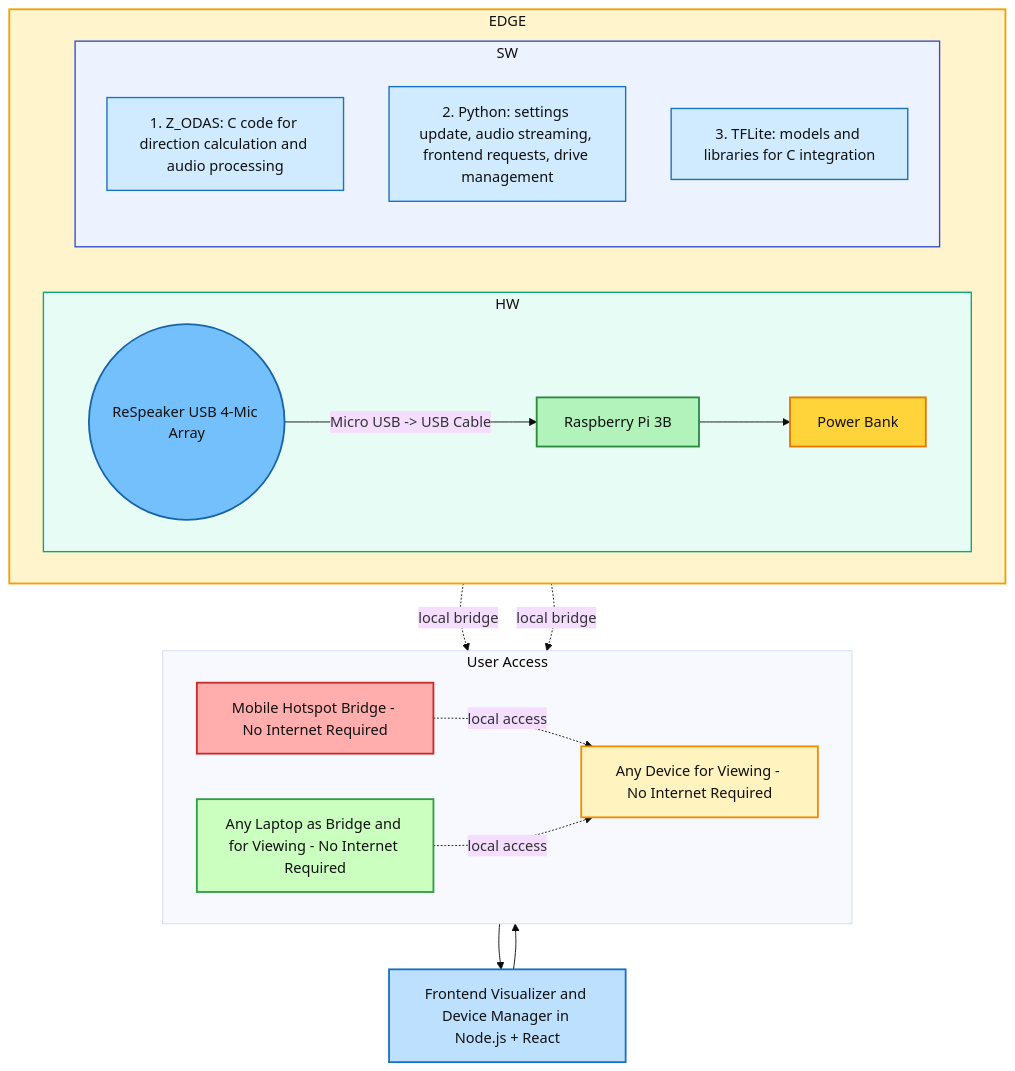
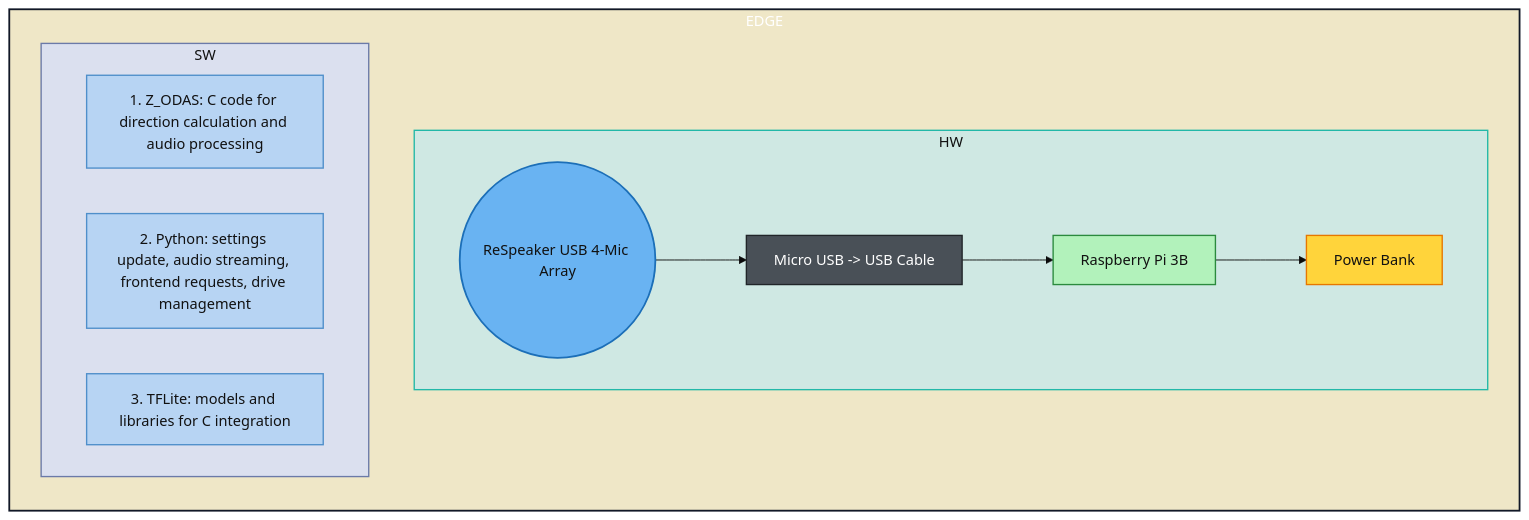
Before and after one commit to anamtya-tech/SonicWild_SpatialyAwareAcoustics: the first of 2 diagrams in blue print/SonicWild_High_Level_Architecture.md, drawn with Mermaid (base theme).

Commit message:
Restyle image one to match EDGE-HW-SW reference layout

````diff
--- a/blue print/SonicWild_High_Level_Architecture.md
+++ b/blue print/SonicWild_High_Level_Architecture.md
@@ -9,49 +9,31 @@
 ```mermaid
 flowchart TB
     subgraph EDGE[EDGE]
-        direction LR
+        direction TB
 
         subgraph HW[HW]
             direction LR
-            MIC((ReSpeaker USB 4-Mic Array)) -->|Micro USB -> USB Cable| RPI[Raspberry Pi 3B]
+            MIC((ReSpeaker USB 4-Mic Array)) --> CABLE[Micro USB -> USB Cable]
+            CABLE --> RPI[Raspberry Pi 3B]
             RPI --> PWR[Power Bank]
         end
 
         subgraph SW[SW]
-            direction TB
+            direction LR
             SW1[1. Z_ODAS: C code for direction calculation and audio processing]
             SW2[2. Python: settings update, audio streaming, frontend requests, drive management]
             SW3[3. TFLite: models and libraries for C integration]
         end
     end
 
-    subgraph USER[User Access]
-        direction LR
-        PHONE[Mobile Hotspot Bridge - No Internet Required]
-        LAPTOP[Any Laptop as Bridge and for Viewing - No Internet Required]
-        VIEW[Any Device for Viewing - No Internet Required]
-    end
-
-    FRONTEND[Frontend Visualizer and Device Manager in Node.js + React]
-
-    RPI -. local bridge .-> PHONE
-    RPI -. local bridge .-> LAPTOP
-    PHONE -. local access .-> VIEW
-    LAPTOP -. local access .-> VIEW
-    PHONE --> FRONTEND
-    FRONTEND --> VIEW
-
-    style EDGE fill:#fff4cc,stroke:#f59f00,stroke-width:2px,color:#111111
-    style HW fill:#e6fcf5,stroke:#0ca678,stroke-width:1.5px,color:#111111
-    style SW fill:#edf2ff,stroke:#364fc7,stroke-width:1.5px,color:#111111
-    style MIC fill:#74c0fc,stroke:#1864ab,stroke-width:2px,color:#111111
-    style RPI fill:#b2f2bb,stroke:#2b8a3e,stroke-width:2px,color:#111111
-    style PWR fill:#ffd43b,stroke:#e67700,stroke-width:2px,color:#111111
-    style SW1 fill:#d0ebff,stroke:#1971c2,stroke-width:1.5px,color:#111111
-    style SW2 fill:#d0ebff,stroke:#1971c2,stroke-width:1.5px,color:#111111
-    style SW3 fill:#d0ebff,stroke:#1971c2,stroke-width:1.5px,color:#111111
-    style PHONE fill:#ffadad,stroke:#c92a2a,stroke-width:2px,color:#111111
-    style LAPTOP fill:#caffbf,stroke:#2f9e44,stroke-width:2px,color:#111111
-    style VIEW fill:#fff3bf,stroke:#f08c00,stroke-width:2px,color:#111111
-    style FRONTEND fill:#bde0fe,stroke:#1971c2,stroke-width:2px,color:#111111
+    style EDGE fill:#efe7c7,stroke:#111827,stroke-width:2px,color:#ffffff
+    style HW fill:#cfe8e3,stroke:#22b8a8,stroke-width:1.5px,color:#111111
+    style SW fill:#dbe0ef,stroke:#6b7aa8,stroke-width:1.5px,color:#111111
+    style MIC fill:#69b3f2,stroke:#1c6fb8,stroke-width:2px,color:#111111
+    style CABLE fill:#495057,stroke:#212529,stroke-width:1.5px,color:#ffffff
+    style RPI fill:#b2f2bb,stroke:#2b8a3e,stroke-width:1.5px,color:#111111
+    style PWR fill:#ffd43b,stroke:#e67700,stroke-width:1.5px,color:#111111
+    style SW1 fill:#b7d4f3,stroke:#4f8fca,stroke-width:1.5px,color:#111111
+    style SW2 fill:#b7d4f3,stroke:#4f8fca,stroke-width:1.5px,color:#111111
+    style SW3 fill:#b7d4f3,stroke:#4f8fca,stroke-width:1.5px,color:#111111
 ```
````
